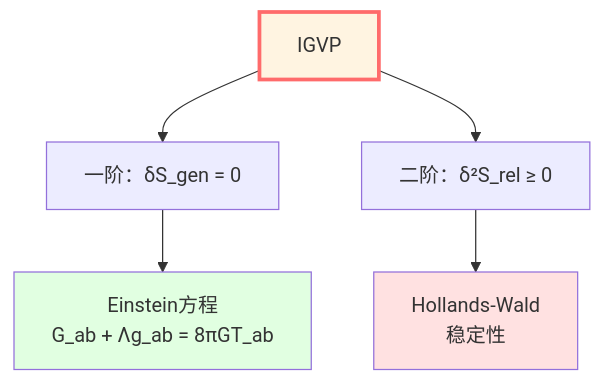
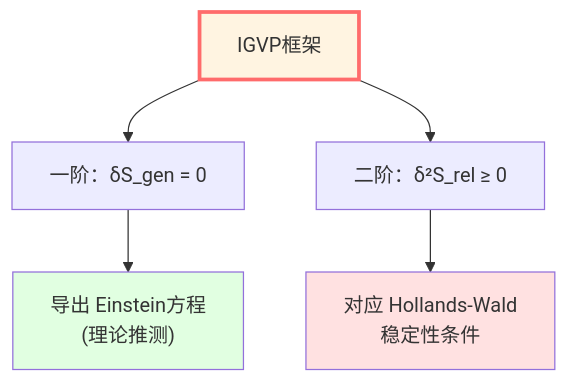
One commit to loning/zeckendorf-hilbert changed the fourth of 4 diagrams in docs/euler-article/gls-union/03-mathematical-tools/05-information-geometry.md. Above: the diagram before and after it, drawn with Mermaid. The commit also changed other lines of this file and 111 other files, not shown here.

````diff
--- a/docs/euler-article/gls-union/03-mathematical-tools/05-information-geometry.md
+++ b/docs/euler-article/gls-union/03-mathematical-tools/05-information-geometry.md
@@ -224,12 +216,12 @@
 ```mermaid
 graph TB
-    I["IGVP"] --> F["一阶：δS_gen = 0"]
+    I["IGVP框架"] --> F["一阶：δS_gen = 0"]
     I --> S["二阶：δ²S_rel ≥ 0"]
 
-    F --> E["Einstein方程<br/>G_ab + Λg_ab = 8πGT_ab"]
-    S --> H["Hollands-Wald<br/>稳定性"]
+    F --> E["导出 Einstein方程<br/>(理论推测)"]
+    S --> H["对应 Hollands-Wald<br/>稳定性条件"]
 
     style I fill:#fff4e1,stroke:#ff6b6b,stroke-width:3px
     style E fill:#e1ffe1
     style H fill:#ffe1e1
 ```
````
